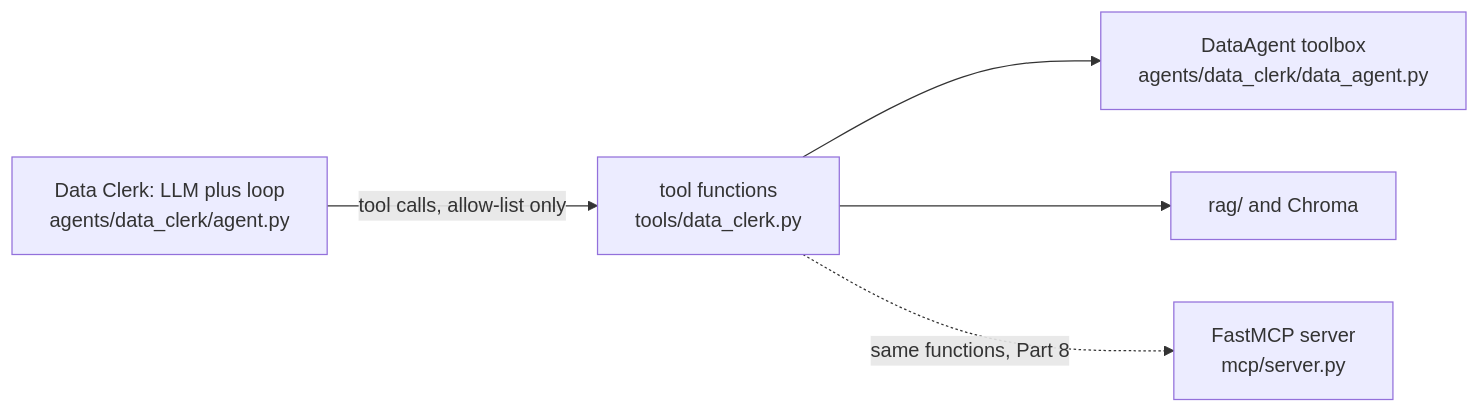
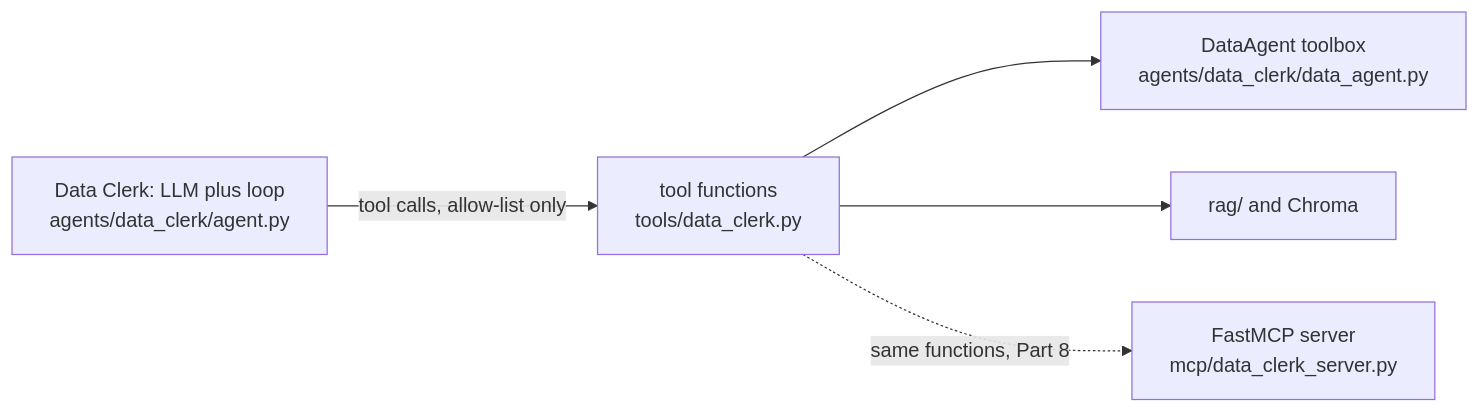
Before and after one commit to jpyrett/prometheus: the fourth of 7 diagrams in labs/module3_rag/hpw_to_do_langchain_rag.md, drawn with Mermaid. The commit also changed other lines of this file and 20 other files, not shown here.

````diff
--- a/labs/module3_rag/hpw_to_do_langchain_rag.md
+++ b/labs/module3_rag/hpw_to_do_langchain_rag.md
@@ -197,7 +197,7 @@
 ```mermaid
 flowchart LR
     CLERK["Data Clerk: LLM plus loop<br/>agents/data_clerk/agent.py"] -->|"tool calls, allow-list only"| FUNCS["tool functions<br/>tools/data_clerk.py"]
     FUNCS --> TOOLBOX["DataAgent toolbox<br/>agents/data_clerk/data_agent.py"]
     FUNCS --> RAGLIB["rag/ and Chroma"]
-    FUNCS -.->|"same functions, Part 8"| MCPSRV["FastMCP server<br/>mcp/server.py"]
+    FUNCS -.->|"same functions, Part 8"| MCPSRV["FastMCP server<br/>mcp/data_clerk_server.py"]
 ```
````
